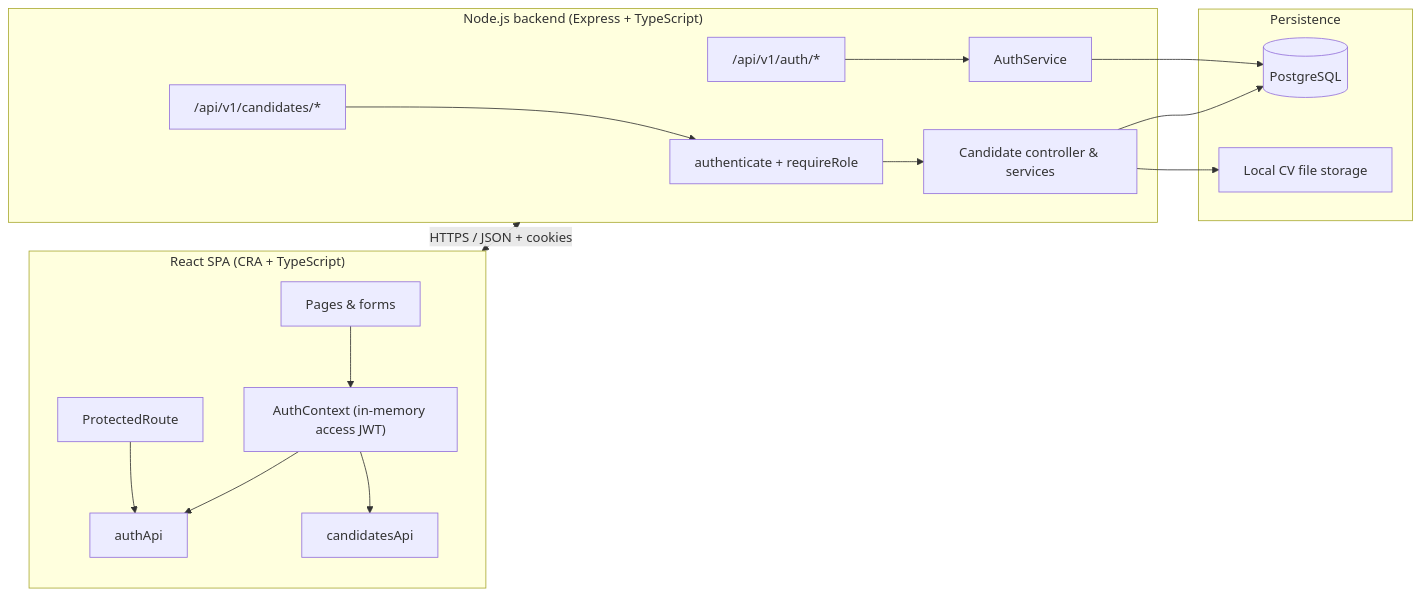
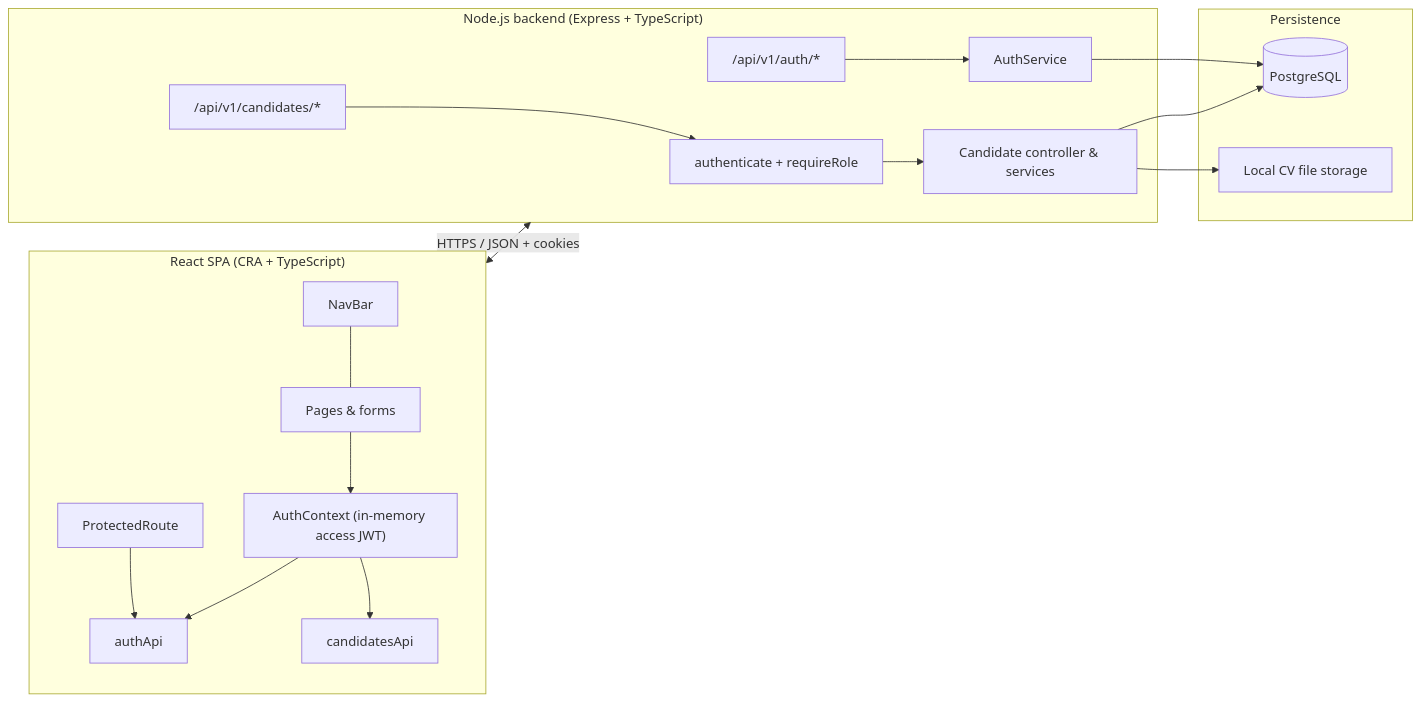
The first of 6 diagrams in docs/architecture-and-login-flow.md (ArnauAregall/AI4Devs-lab-ides-202602-Seniors), drawn with Mermaid before and after one commit. The commit also changed other lines of this file and 23 other files, not shown here.

````diff
--- a/docs/architecture-and-login-flow.md
+++ b/docs/architecture-and-login-flow.md
@@ -5,35 +5,37 @@
 ```mermaid
 flowchart LR
   subgraph Client["React SPA (CRA + TypeScript)"]
+    Nav["NavBar"]
     UI["Pages & forms"]
     AuthCtx["AuthContext (in-memory access JWT)"]
     AuthAPI["authApi"]
     CandAPI["candidatesApi"]
     Guard["ProtectedRoute"]
+    Nav --- UI
     UI --> AuthCtx
     AuthCtx --> AuthAPI
     AuthCtx --> CandAPI
     Guard --> AuthAPI
   end
 
   subgraph Server["Node.js backend (Express + TypeScript)"]
     MW["authenticate + requireRole"]
     AuthR["/api/v1/auth/*"]
     CandR["/api/v1/candidates/*"]
     AuthSvc["AuthService"]
     CandCtrl["Candidate controller & services"]
     AuthR --> AuthSvc
     CandR --> MW
     MW --> CandCtrl
   end
 
   subgraph Data["Persistence"]
     PG[(PostgreSQL)]
     FS["Local CV file storage"]
   end
 
   Client <-->|"HTTPS / JSON + cookies"| Server
   AuthSvc --> PG
   CandCtrl --> PG
   CandCtrl --> FS
 ```
````
